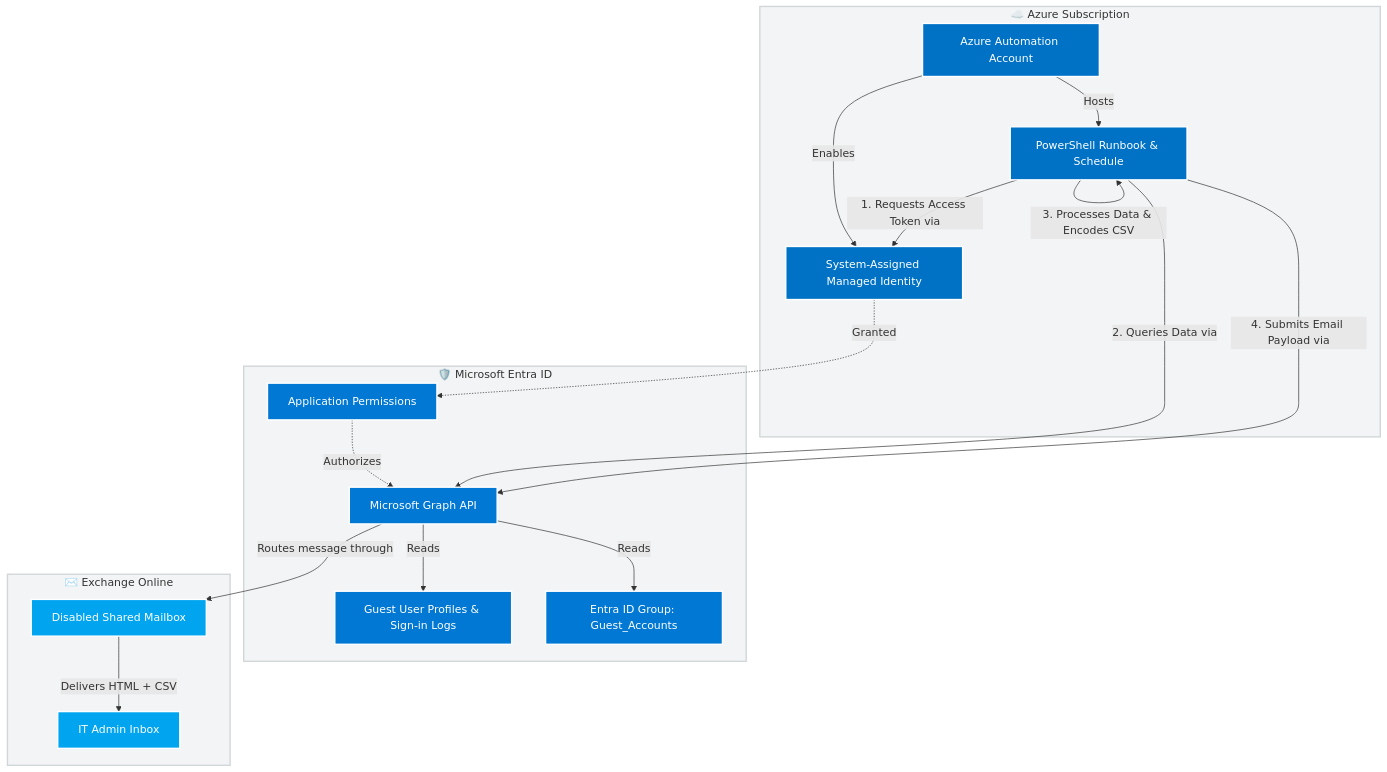
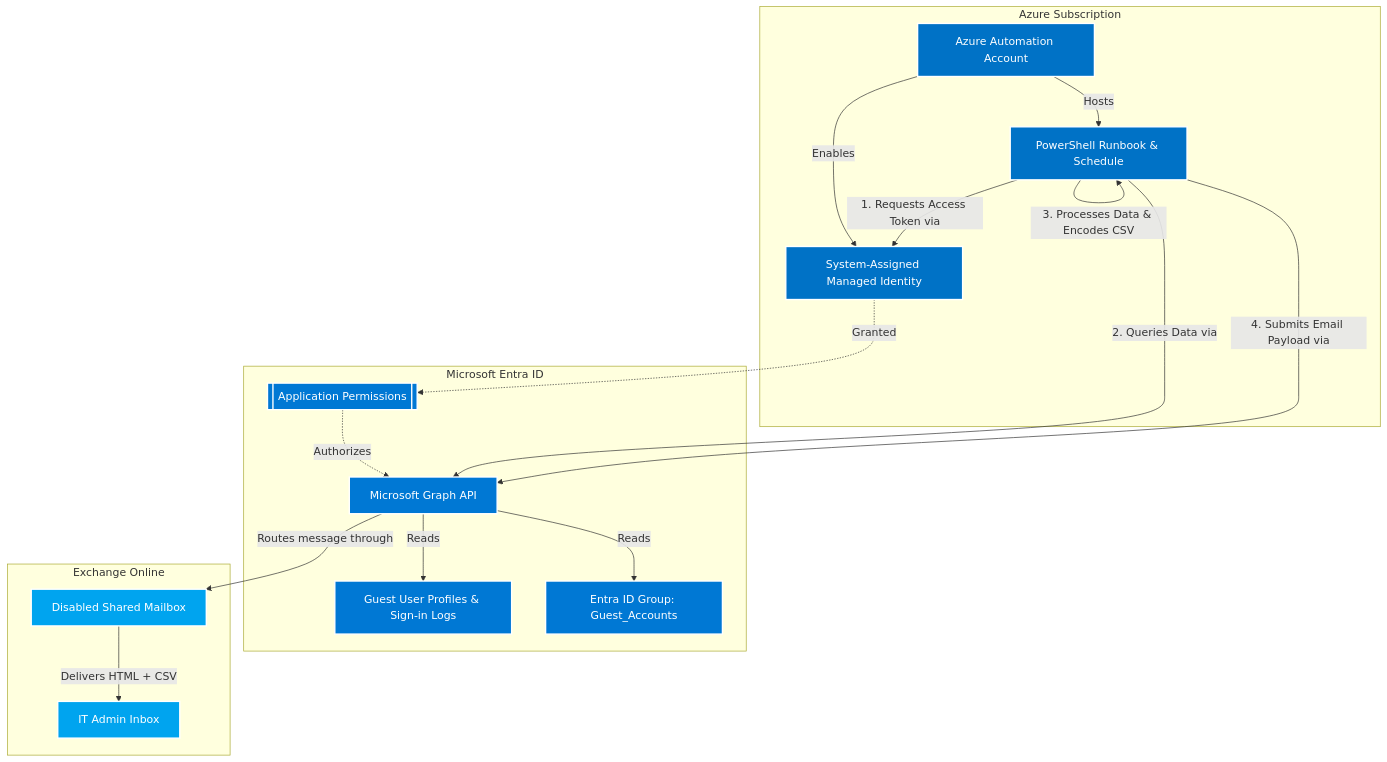
The diagram in entra-guest-inactivity-report.md (AzureBrother/AzureBrother.github.io), drawn with Mermaid before and after one commit. The commit also changed other lines of this file, not shown here.

````diff
--- a/entra-guest-inactivity-report.md
+++ b/entra-guest-inactivity-report.md
@@ -9,47 +9,40 @@
-```mermaid
+<pre class="mermaid">
 graph TD
-    %% Custom Styles
     classDef azure fill:#0072C6,stroke:#fff,stroke-width:2px,color:#fff;
     classDef entra fill:#0078D4,stroke:#fff,stroke-width:2px,color:#fff;
     classDef exchange fill:#00A4EF,stroke:#fff,stroke-width:2px,color:#fff;
 
-    subgraph Azure ["☁️ Azure Subscription"]
+    subgraph Azure Subscription
         AA[Azure Automation Account]:::azure
         MI[System-Assigned Managed Identity]:::azure
         RB[PowerShell Runbook & Schedule]:::azure
     end
 
-    subgraph Entra ["🛡️ Microsoft Entra ID"]
-        Perms[Application Permissions]:::entra
+    subgraph Microsoft Entra ID
         Graph[Microsoft Graph API]:::entra
         Guests[Guest User Profiles & Sign-in Logs]:::entra
         Group[Entra ID Group: Guest_Accounts]:::entra
+        Perms[[Application Permissions]]:::entra
     end
 
-    subgraph Exchange ["✉️ Exchange Online"]
+    subgraph Exchange Online
         Mailbox[Disabled Shared Mailbox]:::exchange
         Recipient[IT Admin Inbox]:::exchange
     end
 
-    %% Relationships and Data Flow
     AA -->|Hosts| RB
     AA -->|Enables| MI
     MI -.->|Granted| Perms
     Perms -.->|Authorizes| Graph
-
+    
     RB -->|1. Requests Access Token via| MI
     RB -->|2. Queries Data via| Graph
     Graph -->|Reads| Guests
     Graph -->|Reads| Group
-
+    
     RB -->|3. Processes Data & Encodes CSV| RB
-
+    
     RB -->|4. Submits Email Payload via| Graph
     Graph -->|Routes message through| Mailbox
     Mailbox -->|Delivers HTML + CSV| Recipient
-
-    %% Subgraph background styling
-    style Azure fill:#f2f4f5,stroke:#d1d6d8,stroke-width:2px,color:#333
-    style Entra fill:#f2f4f5,stroke:#d1d6d8,stroke-width:2px,color:#333
-    style Exchange fill:#f2f4f5,stroke:#d1d6d8,stroke-width:2px,color:#333
-```
+</pre>
````
